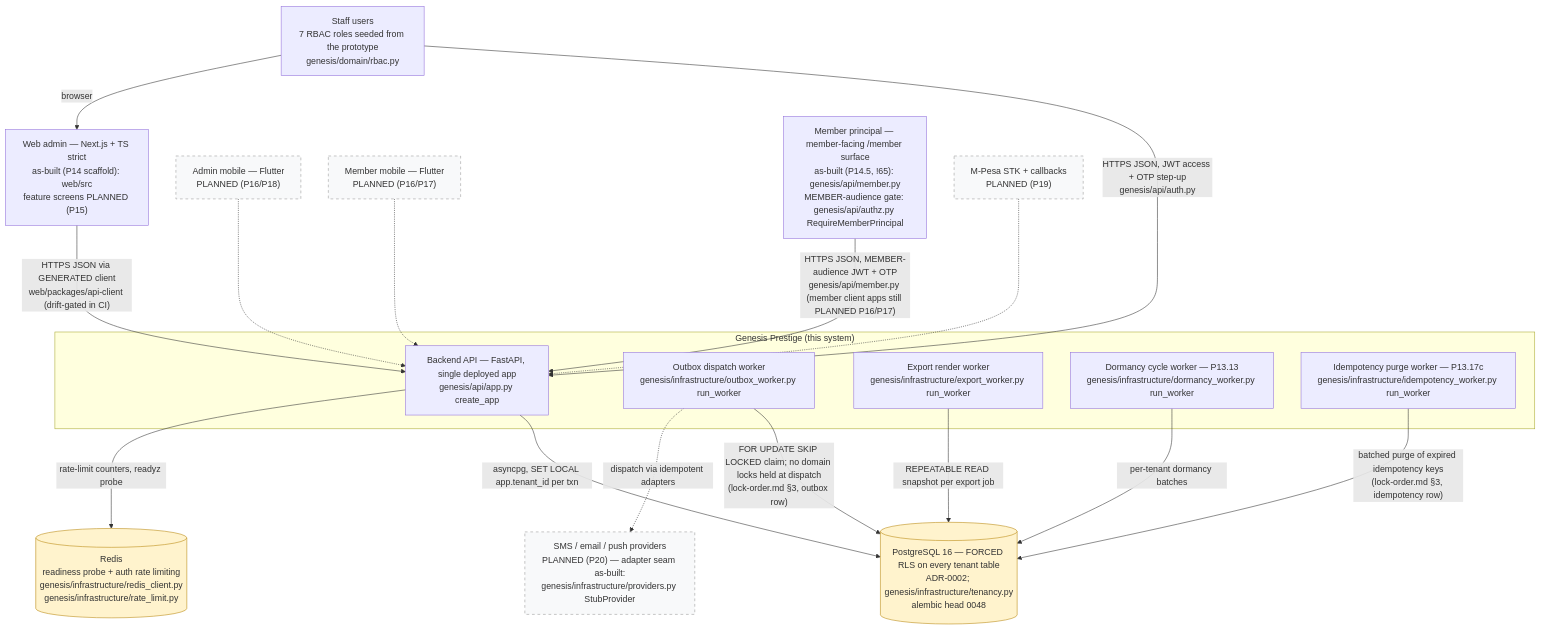
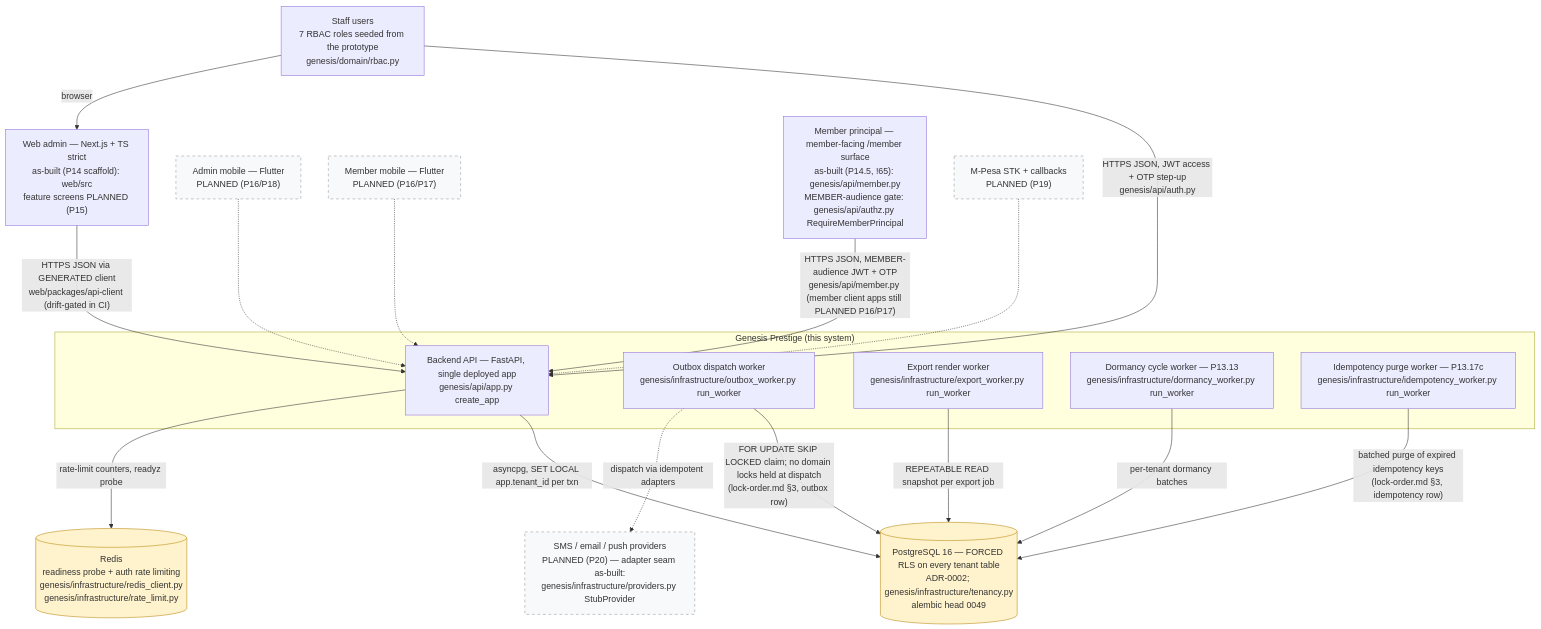
Before and after one commit to Benson-Kim/genesis-sacco-core: the diagram in docs/diagrams/c4-context.md, drawn with Mermaid. The commit also changed other lines of this file and 1 other file, not shown here.

First line of the commit message:
docs(diagrams): refresh the C4 migration-head citation to 0049

````diff
--- a/docs/diagrams/c4-context.md
+++ b/docs/diagrams/c4-context.md
@@ -85,46 +88,46 @@
 ```mermaid
 flowchart TB
     %% Authored against main @ 08541b860f1445b16c342c39b6606d86b9dbeb17
     %% L1 context — as-built boxes cite genesis modules; dashed = PLANNED (Pn).
 
     STAFF["Staff users<br/>7 RBAC roles seeded from the prototype<br/>genesis/domain/rbac.py"]
 
     subgraph SYS["Genesis Prestige (this system)"]
         API["Backend API — FastAPI, single deployed app<br/>genesis/api/app.py create_app"]
         OBW["Outbox dispatch worker<br/>genesis/infrastructure/outbox_worker.py run_worker"]
         EXW["Export render worker<br/>genesis/infrastructure/export_worker.py run_worker"]
         DMW["Dormancy cycle worker — P13.13<br/>genesis/infrastructure/dormancy_worker.py run_worker"]
         IDW["Idempotency purge worker — P13.17c<br/>genesis/infrastructure/idempotency_worker.py run_worker"]
     end
 
-    PG[("PostgreSQL 16 — FORCED RLS on every tenant table<br/>ADR-0002; genesis/infrastructure/tenancy.py<br/>alembic head 0048")]
+    PG[("PostgreSQL 16 — FORCED RLS on every tenant table<br/>ADR-0002; genesis/infrastructure/tenancy.py<br/>alembic head 0049")]
     RD[("Redis<br/>readiness probe + auth rate limiting<br/>genesis/infrastructure/redis_client.py<br/>genesis/infrastructure/rate_limit.py")]
 
     WEB["Web admin — Next.js + TS strict<br/>as-built (P14 scaffold): web/src<br/>feature screens PLANNED (P15)"]
     ADM["Admin mobile — Flutter<br/>PLANNED (P16/P18)"]
     MEM["Member mobile — Flutter<br/>PLANNED (P16/P17)"]
     MPR["Member principal — member-facing /member surface<br/>as-built (P14.5, !65): genesis/api/member.py<br/>MEMBER-audience gate: genesis/api/authz.py RequireMemberPrincipal"]
     MPESA["M-Pesa STK + callbacks<br/>PLANNED (P19)"]
     PROV["SMS / email / push providers<br/>PLANNED (P20) — adapter seam as-built:<br/>genesis/infrastructure/providers.py StubProvider"]
 
     STAFF -->|"HTTPS JSON, JWT access + OTP step-up<br/>genesis/api/auth.py"| API
     API -->|"asyncpg, SET LOCAL app.tenant_id per txn"| PG
     API -->|"rate-limit counters, readyz probe"| RD
     OBW -->|"FOR UPDATE SKIP LOCKED claim; no domain locks held at dispatch<br/>(lock-order.md §3, outbox row)"| PG
     EXW -->|"REPEATABLE READ snapshot per export job"| PG
     DMW -->|"per-tenant dormancy batches"| PG
     IDW -->|"batched purge of expired idempotency keys<br/>(lock-order.md §3, idempotency row)"| PG
     OBW -.->|"dispatch via idempotent adapters"| PROV
 
     STAFF -->|"browser"| WEB
     WEB -->|"HTTPS JSON via GENERATED client<br/>web/packages/api-client (drift-gated in CI)"| API
     ADM -.-> API
     MEM -.-> API
     MPR -->|"HTTPS JSON, MEMBER-audience JWT + OTP<br/>genesis/api/member.py (member client apps still PLANNED P16/P17)"| API
     MPESA -.-> API
 
     classDef planned fill:#f8f9fa,stroke:#999,stroke-dasharray: 5 5;
     class ADM,MEM,MPESA,PROV planned;
     classDef store fill:#fff3cd,stroke:#b8860b;
     class PG,RD store;
 ```
````
